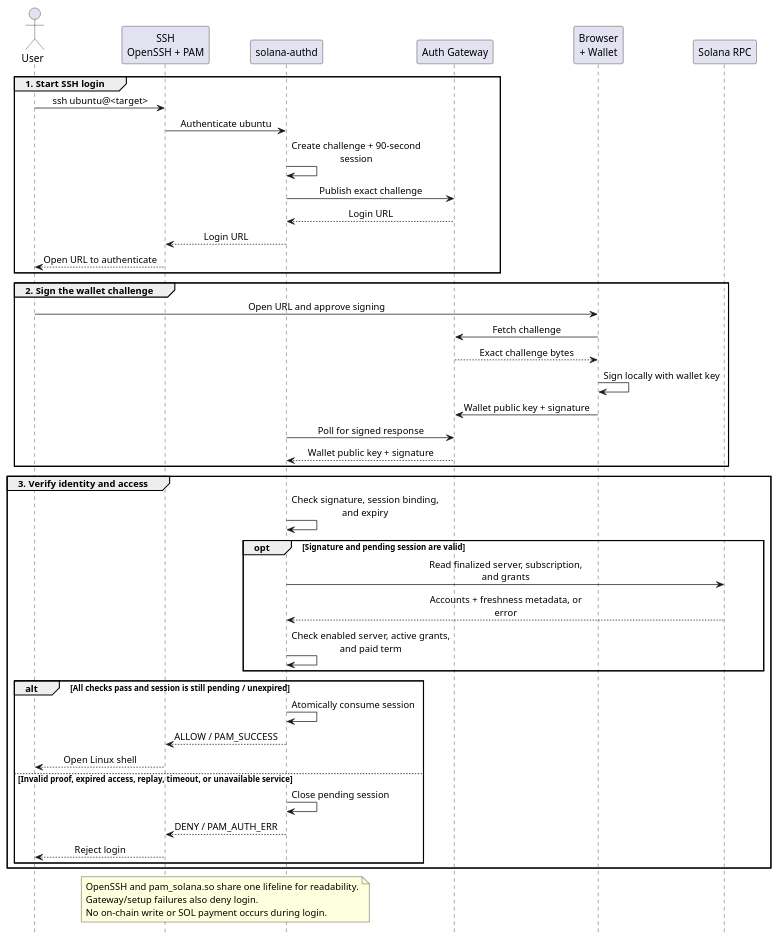
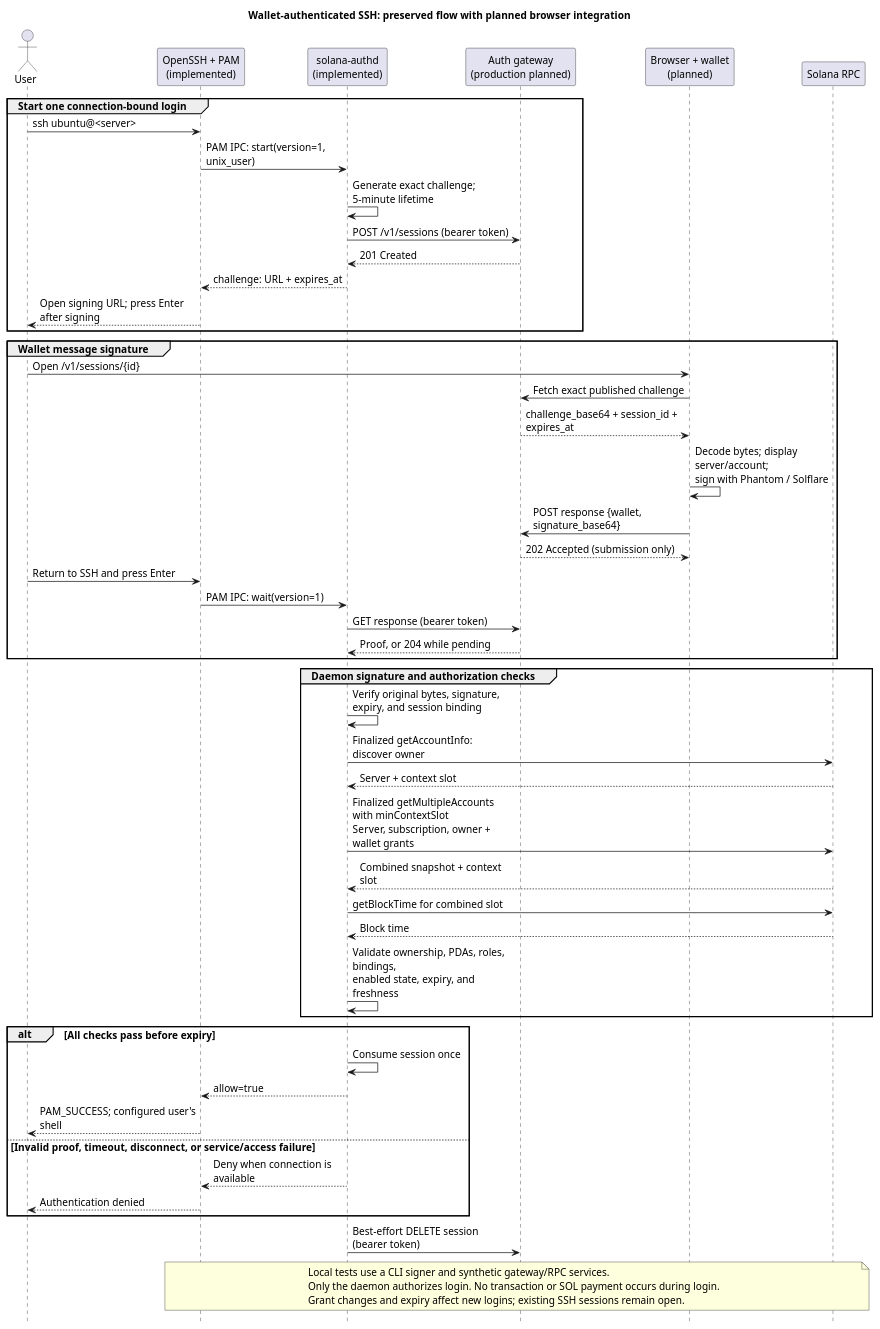
The diagram in docs/diagrams/ssh-login.puml (Tarat0r/solana-vps-platform), drawn with PlantUML before and after one commit. The commit also changed 20 other files, not shown here.

Commit message:
docs: describe the reduced architecture and implemented components

```diff
--- a/docs/diagrams/ssh-login.puml
+++ b/docs/diagrams/ssh-login.puml
@@ -1,57 +1,65 @@
 @startuml
+title Wallet-authenticated SSH: preserved flow with planned browser integration
+skinparam defaultFontName SansSerif
+skinparam defaultFontSize 14
+skinparam responseMessageBelowArrow true
+skinparam maxMessageSize 220
 hide footbox
-skinparam shadowing false
-skinparam sequenceMessageAlign center
-skinparam maxMessageSize 220
 
 actor User
-participant "SSH\nOpenSSH + PAM" as SSH
-participant "solana-authd" as AuthD
-participant "Auth Gateway" as Gateway
-participant "Browser\n+ Wallet" as Wallet
+participant "OpenSSH + PAM\n(implemented)" as SSH
+participant "solana-authd\n(implemented)" as AuthD
+participant "Auth gateway\n(production planned)" as Gateway
+participant "Browser + wallet\n(planned)" as Wallet
 participant "Solana RPC" as RPC
 
-group 1. Start SSH login
-  User -> SSH : ssh ubuntu@<target>
-  SSH -> AuthD : Authenticate ubuntu
-  AuthD -> AuthD : Create challenge + 90-second session
-  AuthD -> Gateway : Publish exact challenge
-  Gateway --> AuthD : Login URL
-  AuthD --> SSH : Login URL
-  SSH --> User : Open URL to authenticate
+group Start one connection-bound login
+  User -> SSH : ssh ubuntu@<server>
+  SSH -> AuthD : PAM IPC: start(version=1, unix_user)
+  AuthD -> AuthD : Generate exact challenge; 5-minute lifetime
+  AuthD -> Gateway : POST /v1/sessions (bearer token)
+  Gateway --> AuthD : 201 Created
+  AuthD --> SSH : challenge: URL + expires_at
+  SSH --> User : Open signing URL; press Enter after signing
 end
 
-group 2. Sign the wallet challenge
-  User -> Wallet : Open URL and approve signing
-  Wallet -> Gateway : Fetch challenge
-  Gateway --> Wallet : Exact challenge bytes
-  Wallet -> Wallet : Sign locally with wallet key
-  Wallet -> Gateway : Wallet public key + signature
-  AuthD -> Gateway : Poll for signed response
-  Gateway --> AuthD : Wallet public key + signature
+group Wallet message signature
+  User -> Wallet : Open /v1/sessions/{id}
+  Wallet -> Gateway : Fetch exact published challenge
+  Gateway --> Wallet : challenge_base64 + session_id + expires_at
+  Wallet -> Wallet : Decode bytes; display server/account;\nsign with Phantom / Solflare
+  Wallet -> Gateway : POST response {wallet, signature_base64}
+  Gateway --> Wallet : 202 Accepted (submission only)
+  User -> SSH : Return to SSH and press Enter
+  SSH -> AuthD : PAM IPC: wait(version=1)
+  AuthD -> Gateway : GET response (bearer token)
+  Gateway --> AuthD : Proof, or 204 while pending
 end
 
-group 3. Verify identity and access
-  AuthD -> AuthD : Check signature, session binding, and expiry
-  opt Signature and pending session are valid
-    AuthD -> RPC : Read finalized server, subscription, and grants
-    RPC --> AuthD : Accounts + freshness metadata, or error
-    AuthD -> AuthD : Check enabled server, active grants, and paid term
-  end
-  alt All checks pass and session is still pending / unexpired
-    AuthD -> AuthD : Atomically consume session
-    AuthD --> SSH : ALLOW / PAM_SUCCESS
-    SSH --> User : Open Linux shell
-  else Invalid proof, expired access, replay, timeout, or unavailable service
-    AuthD -> AuthD : Close pending session
-    AuthD --> SSH : DENY / PAM_AUTH_ERR
-    SSH --> User : Reject login
-  end
+group Daemon signature and authorization checks
+  AuthD -> AuthD : Verify original bytes, signature,\nexpiry, and session binding
+  AuthD -> RPC : Finalized getAccountInfo: discover owner
+  RPC --> AuthD : Server + context slot
+  AuthD -> RPC : Finalized getMultipleAccounts with minContextSlot\nServer, subscription, owner + wallet grants
+  RPC --> AuthD : Combined snapshot + context slot
+  AuthD -> RPC : getBlockTime for combined slot
+  RPC --> AuthD : Block time
+  AuthD -> AuthD : Validate ownership, PDAs, roles, bindings,\nenabled state, expiry, and freshness
 end
 
-note over SSH, AuthD
-  OpenSSH and pam_solana.so share one lifeline for readability.
-  Gateway/setup failures also deny login.
-  No on-chain write or SOL payment occurs during login.
+alt All checks pass before expiry
+  AuthD -> AuthD : Consume session once
+  AuthD --> SSH : allow=true
+  SSH --> User : PAM_SUCCESS; configured user's shell
+else Invalid proof, timeout, disconnect, or service/access failure
+  AuthD --> SSH : Deny when connection is available
+  SSH --> User : Authentication denied
+end
+AuthD -> Gateway : Best-effort DELETE session (bearer token)
+
+note over SSH, RPC
+  Local tests use a CLI signer and synthetic gateway/RPC services.
+  Only the daemon authorizes login. No transaction or SOL payment occurs during login.
+  Grant changes and expiry affect new logins; existing SSH sessions remain open.
 end note
 @enduml
```
